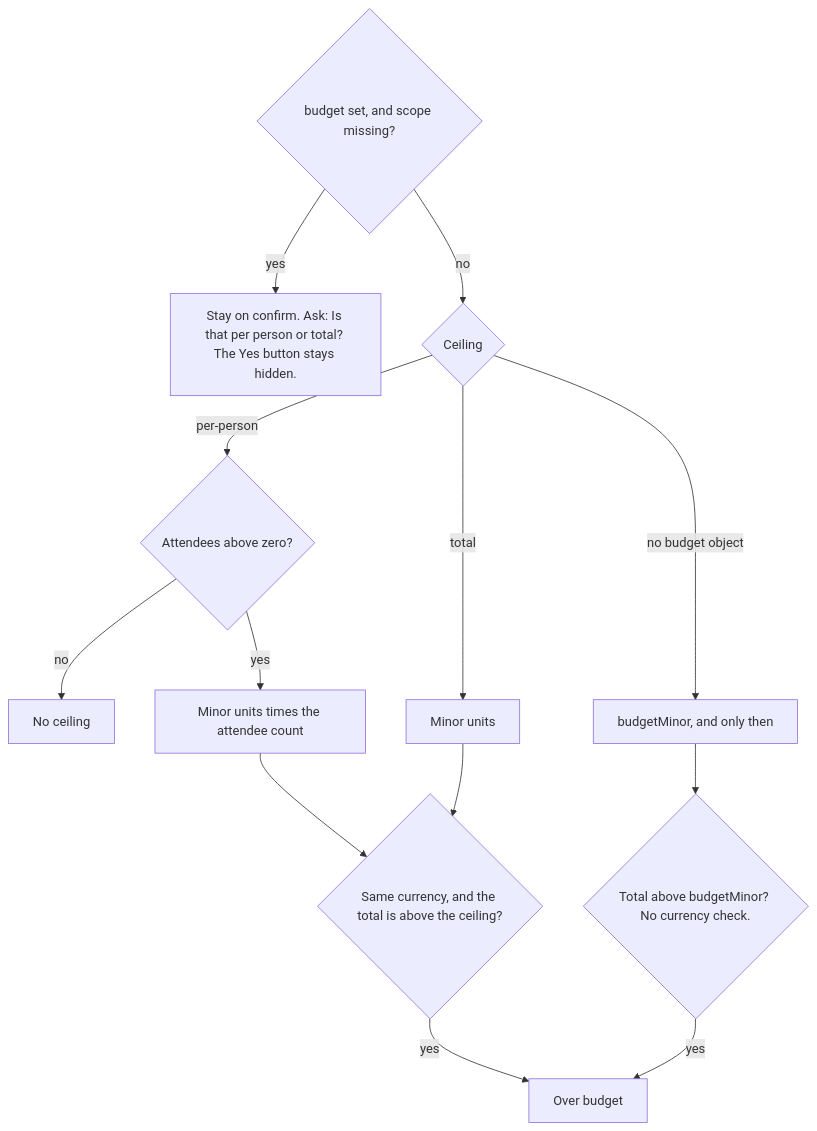
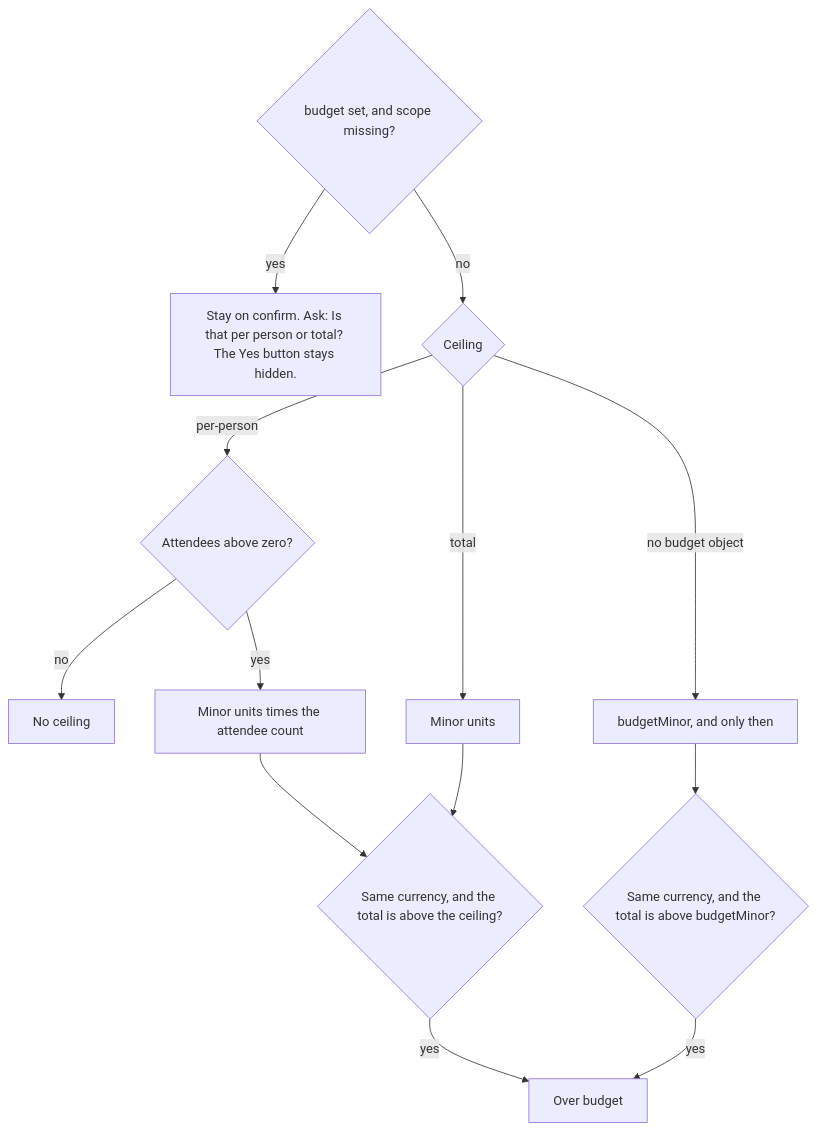
Before and after one commit to p10ns11y/proposales-planner-bench: the fourth of 14 diagrams in planner-bench/docs/ARCHITECTURE.md, drawn with Mermaid. The commit also changed other lines of this file and 27 other files, not shown here.

````diff
--- a/planner-bench/docs/ARCHITECTURE.md
+++ b/planner-bench/docs/ARCHITECTURE.md
@@ -82,16 +82,16 @@
 ```mermaid
 flowchart TD
   bare{budget set, and scope missing?}
   bare -->|yes| hold["Stay on confirm. Ask: Is that per person or total? The Yes button stays hidden."]
   bare -->|no| kind{Ceiling}
   kind -->|per-person| heads{Attendees above zero?}
   heads -->|no| none[No ceiling]
   heads -->|yes| pp["Minor units times the attendee count"]
   kind -->|total| tot[Minor units]
   kind -->|no budget object| minor["budgetMinor, and only then"]
   pp --> same{Same currency, and the total is above the ceiling?}
   tot --> same
   same -->|yes| over[Over budget]
-  minor --> above{Total above budgetMinor? No currency check.}
+  minor --> above{Same currency, and the total is above budgetMinor?}
   above -->|yes| over
 ```
````
